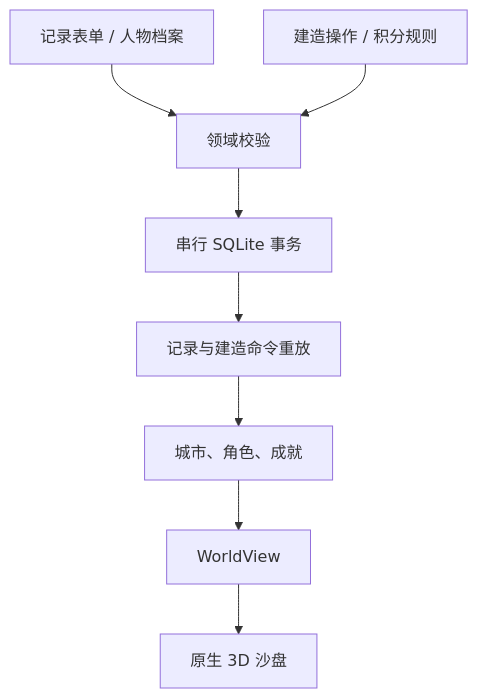
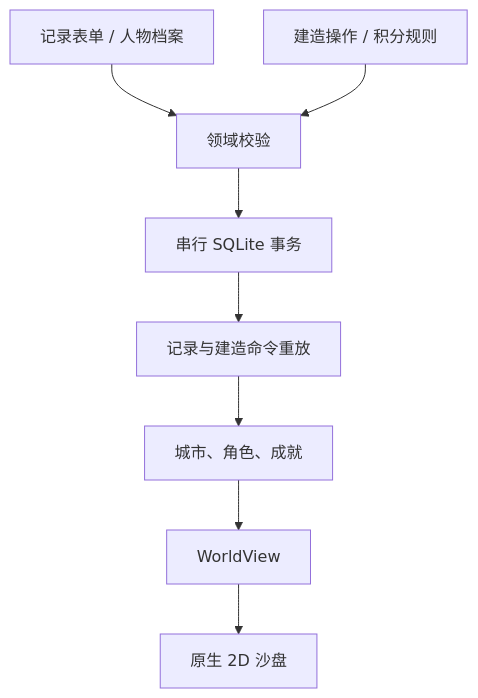
One commit to Lluviose/astra changed the diagram in Docs/atlas-game-architecture.md. Above: the diagram before and after it, drawn with Mermaid. The commit also changed other lines of this file and 24 other files, not shown here.

````diff
--- a/Docs/atlas-game-architecture.md
+++ b/Docs/atlas-game-architecture.md
@@ -25,10 +26,10 @@
 ```mermaid
 flowchart TD
   A["记录表单 / 人物档案"] --> B["领域校验"]
   C["建造操作 / 积分规则"] --> B
   B --> D["串行 SQLite 事务"]
   D --> E["记录与建造命令重放"]
   E --> F["城市、角色、成就"]
   F --> G["WorldView"]
-  G --> H["原生 3D 沙盘"]
+  G --> H["原生 2D 沙盘"]
 ```
````
